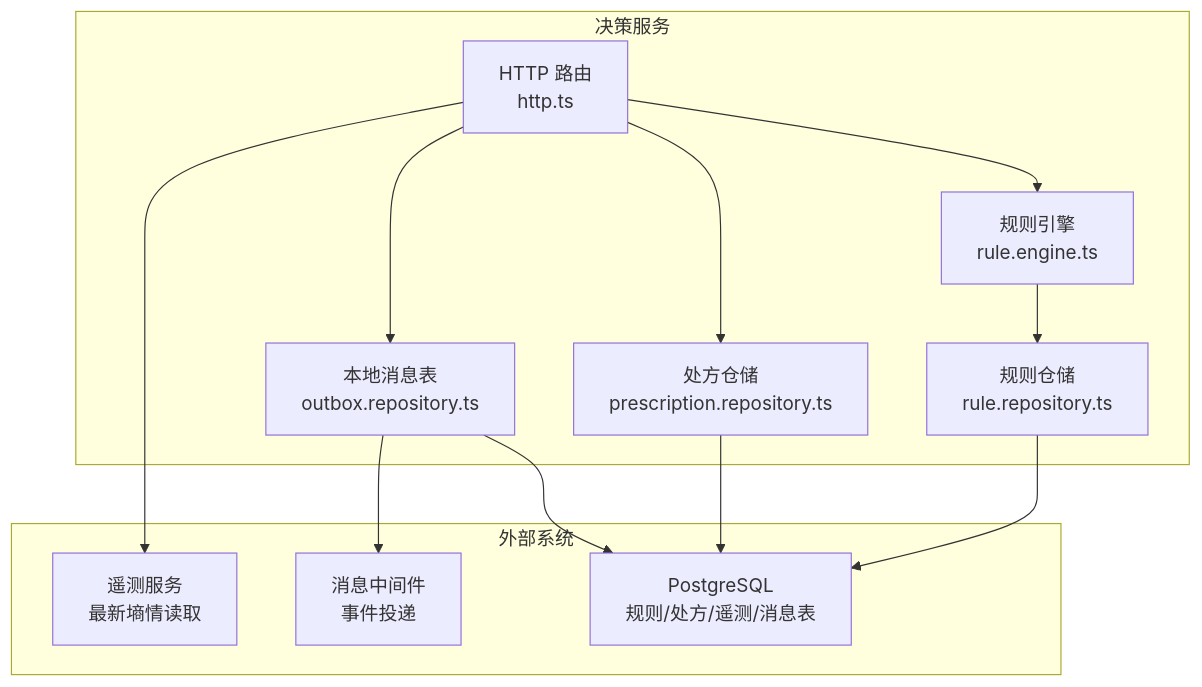
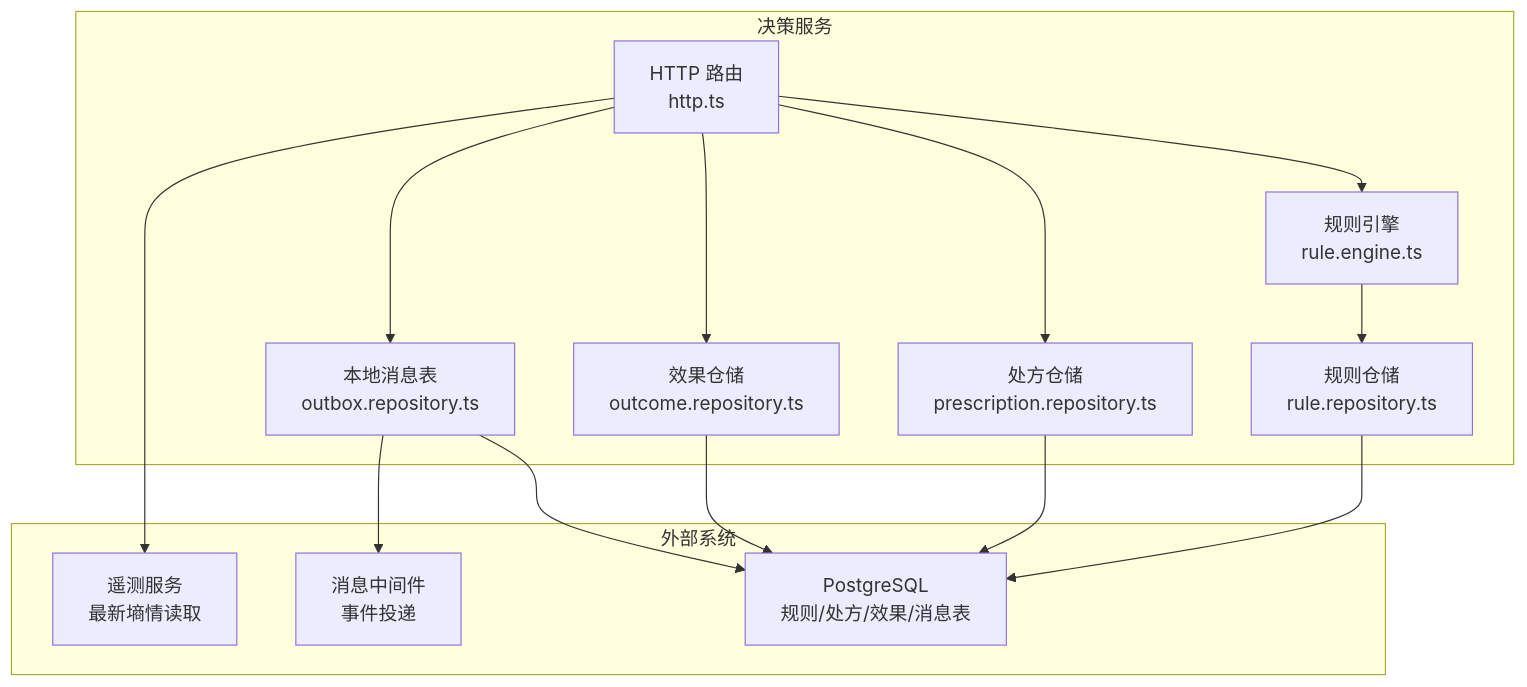
One commit to q446328246/agri-platform changed the first of 11 diagrams in .qoder/repowiki/zh/content/核心服务文档/智能决策服务/智能决策服务.md. Above: the diagram before and after it, drawn with Mermaid. The commit also changed other lines of this file and 84 other files, not shown here.

````diff
--- a/.qoder/repowiki/zh/content/核心服务文档/智能决策服务/智能决策服务.md
+++ b/.qoder/repowiki/zh/content/核心服务文档/智能决策服务/智能决策服务.md
@@ -37,24 +48,27 @@
 ```mermaid
 graph TB
 subgraph "决策服务"
 HTTP["HTTP 路由<br/>http.ts"]
 Engine["规则引擎<br/>rule.engine.ts"]
 RuleRepo["规则仓储<br/>rule.repository.ts"]
 PrescRepo["处方仓储<br/>prescription.repository.ts"]
+OutcomeRepo["效果仓储<br/>outcome.repository.ts"]
 Outbox["本地消息表<br/>outbox.repository.ts"]
 end
 subgraph "外部系统"
 Telemetry["遥测服务<br/>最新墒情读取"]
 MQ["消息中间件<br/>事件投递"]
-DB["PostgreSQL<br/>规则/处方/遥测/消息表"]
+DB["PostgreSQL<br/>规则/处方/效果/消息表"]
 end
 HTTP --> Engine
 Engine --> RuleRepo
 HTTP --> PrescRepo
+HTTP --> OutcomeRepo
 HTTP --> Outbox
 HTTP --> Telemetry
 Outbox --> MQ
 RuleRepo --> DB
 PrescRepo --> DB
+OutcomeRepo --> DB
 Outbox --> DB
 ```
````
